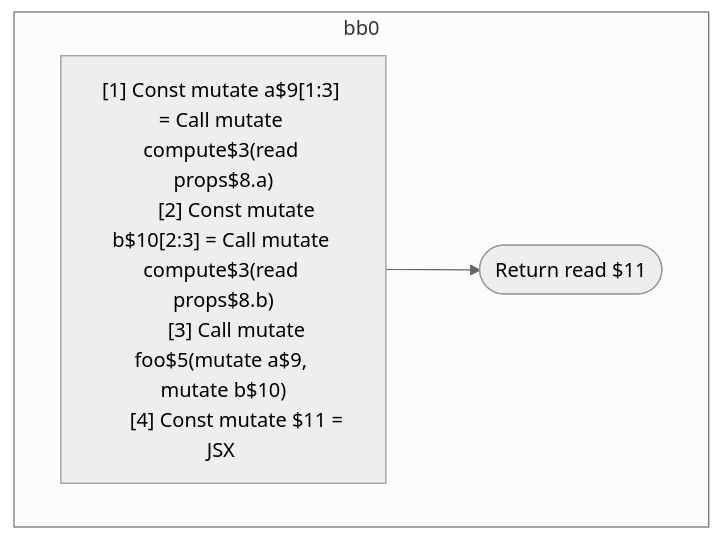
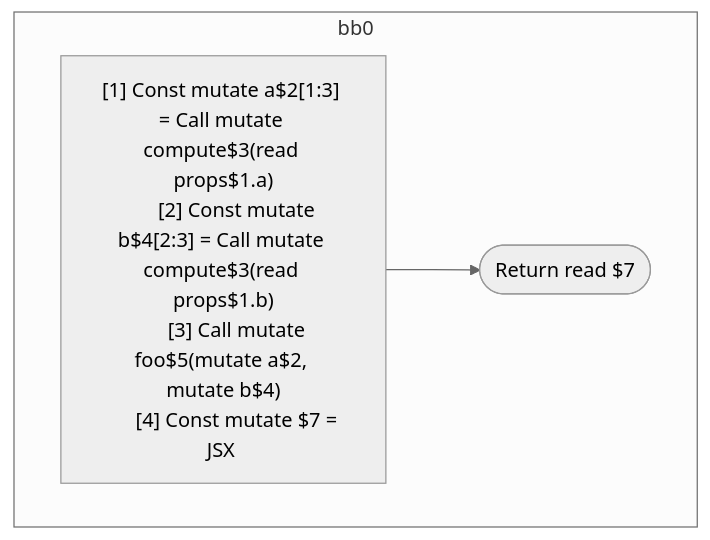
The first of 4 diagrams in compiler/forget/src/__tests__/fixtures/hir/interdependent.expect.md (wutsmog/private), drawn with Mermaid (neutral theme) before and after one commit. The commit also changed other lines of this file and 57 other files, not shown here.

````diff
--- a/compiler/forget/src/__tests__/fixtures/hir/interdependent.expect.md
+++ b/compiler/forget/src/__tests__/fixtures/hir/interdependent.expect.md
@@ -40,16 +40,16 @@
 ```mermaid
 flowchart TB
   %% Basic Blocks
   subgraph bb0
     bb0_instrs["
-      [1] Const mutate a$9[1:3] = Call mutate compute$3(read props$8.a)
-      [2] Const mutate b$10[2:3] = Call mutate compute$3(read props$8.b)
-      [3] Call mutate foo$5(mutate a$9, mutate b$10)
-      [4] Const mutate $11 = JSX <read Foo$6 a={freeze a$9} b={freeze b$10} ></read Foo$6>
+      [1] Const mutate a$2[1:3] = Call mutate compute$3(read props$1.a)
+      [2] Const mutate b$4[2:3] = Call mutate compute$3(read props$1.b)
+      [3] Call mutate foo$5(mutate a$2, mutate b$4)
+      [4] Const mutate $7 = JSX <read Foo$6 a={freeze a$2} b={freeze b$4} ></read Foo$6>
     "]
-    bb0_instrs --> bb0_terminal(["Return read $11"])
+    bb0_instrs --> bb0_terminal(["Return read $7"])
   end
 
   %% Jumps
   %% empty
 ```
````
